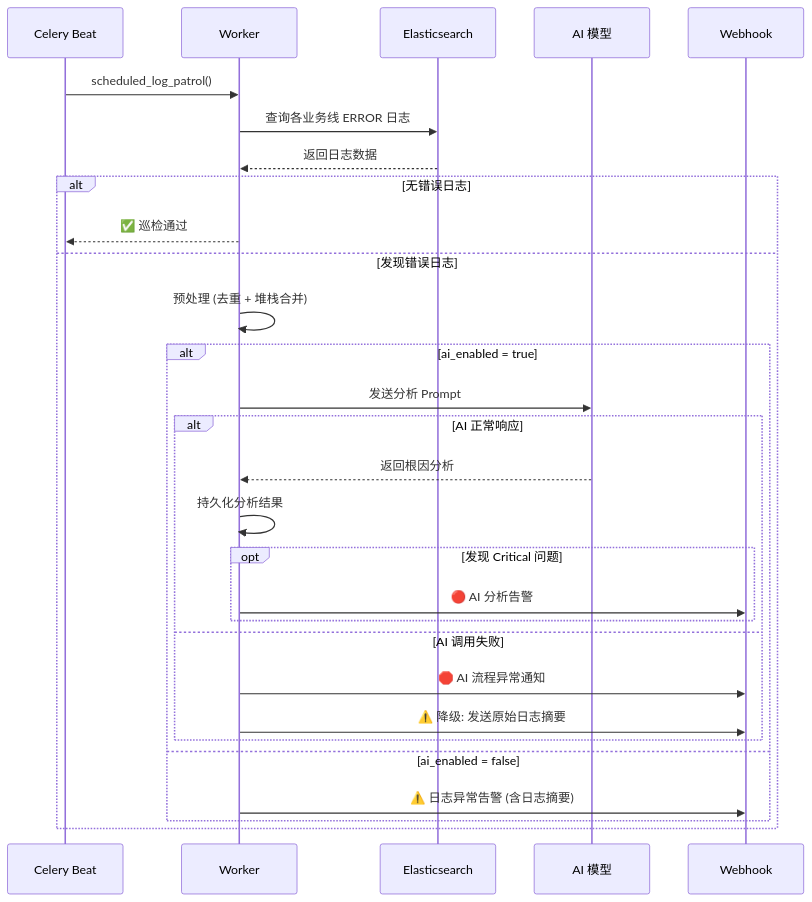
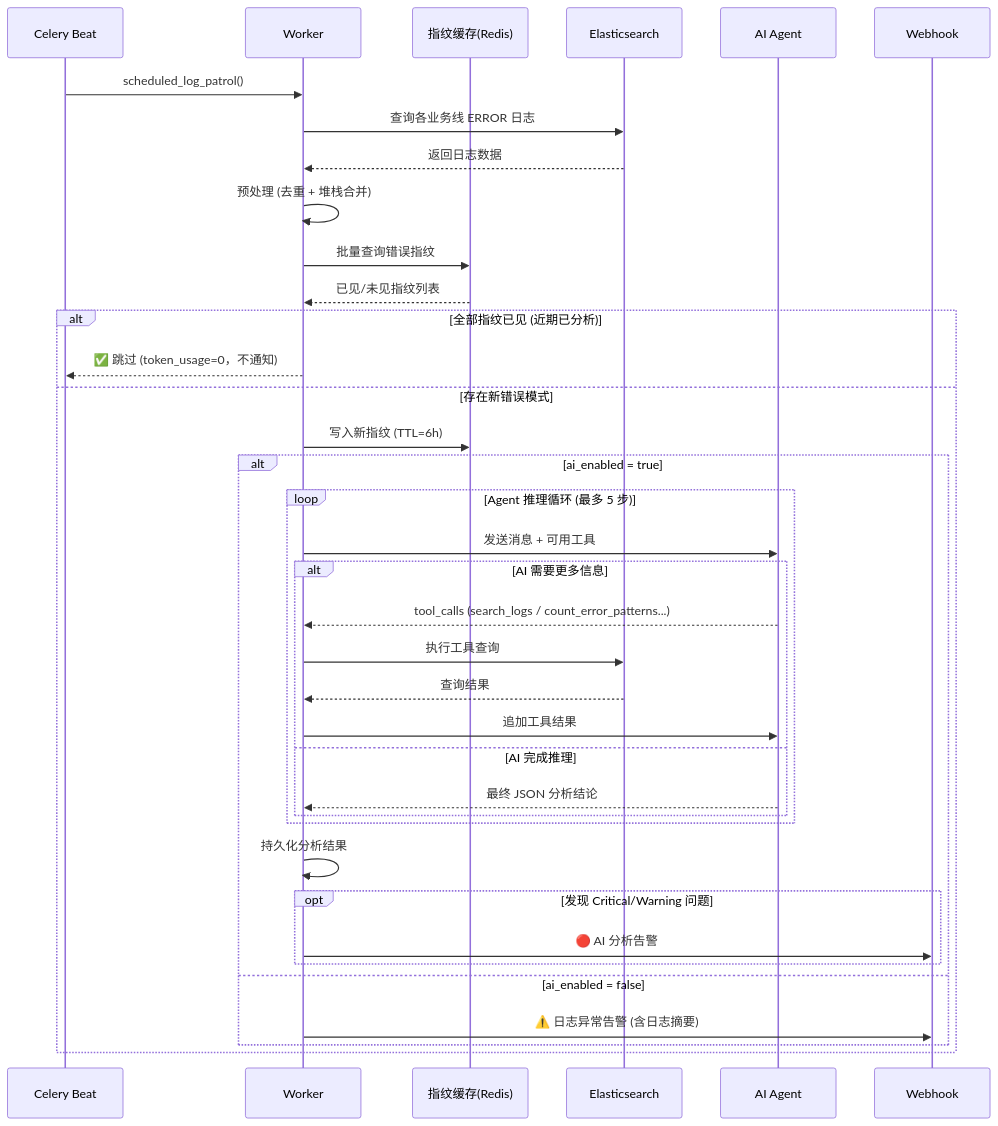
One commit to leeeway/LogMind changed the second of 2 diagrams in README.md. Above: the diagram before and after it, drawn with Mermaid. The commit also changed other lines of this file and 17 other files, not shown here.

````diff
--- a/README.md
+++ b/README.md
@@ -109,35 +134,45 @@
 ```mermaid
 sequenceDiagram
     participant Beat as Celery Beat
     participant Worker as Worker
+    participant FP as 指纹缓存(Redis)
     participant ES as Elasticsearch
-    participant LLM as AI 模型
+    participant LLM as AI Agent
     participant WH as Webhook
 
     Beat->>Worker: scheduled_log_patrol()
 
     Worker->>ES: 查询各业务线 ERROR 日志
     ES-->>Worker: 返回日志数据
 
-    alt 无错误日志
-        Worker-->>Beat: ✅ 巡检通过
-    else 发现错误日志
-        Worker->>Worker: 预处理 (去重 + 堆栈合并)
+    Worker->>Worker: 预处理 (去重 + 堆栈合并)
+
+    Worker->>FP: 批量查询错误指纹
+    FP-->>Worker: 已见/未见指纹列表
+
+    alt 全部指纹已见 (近期已分析)
+        Worker-->>Beat: ✅ 跳过 (token_usage=0，不通知)
+    else 存在新错误模式
+        Worker->>FP: 写入新指纹 (TTL=6h)
 
         alt ai_enabled = true
-            Worker->>LLM: 发送分析 Prompt
-            alt AI 正常响应
-                LLM-->>Worker: 返回根因分析
-                Worker->>Worker: 持久化分析结果
-                opt 发现 Critical 问题
-                    Worker->>WH: 🔴 AI 分析告警
+            loop Agent 推理循环 (最多 5 步)
+                Worker->>LLM: 发送消息 + 可用工具
+                alt AI 需要更多信息
+                    LLM-->>Worker: tool_calls (search_logs / count_error_patterns...)
+                    Worker->>ES: 执行工具查询
+                    ES-->>Worker: 查询结果
+                    Worker->>LLM: 追加工具结果
+                else AI 完成推理
+                    LLM-->>Worker: 最终 JSON 分析结论
                 end
-            else AI 调用失败
-                Worker->>WH: 🛑 AI 流程异常通知
-                Worker->>WH: ⚠️ 降级: 发送原始日志摘要
+            end
+            Worker->>Worker: 持久化分析结果
+            opt 发现 Critical/Warning 问题
+                Worker->>WH: 🔴 AI 分析告警
             end
         else ai_enabled = false
             Worker->>WH: ⚠️ 日志异常告警 (含日志摘要)
         end
     end
 ```
````
